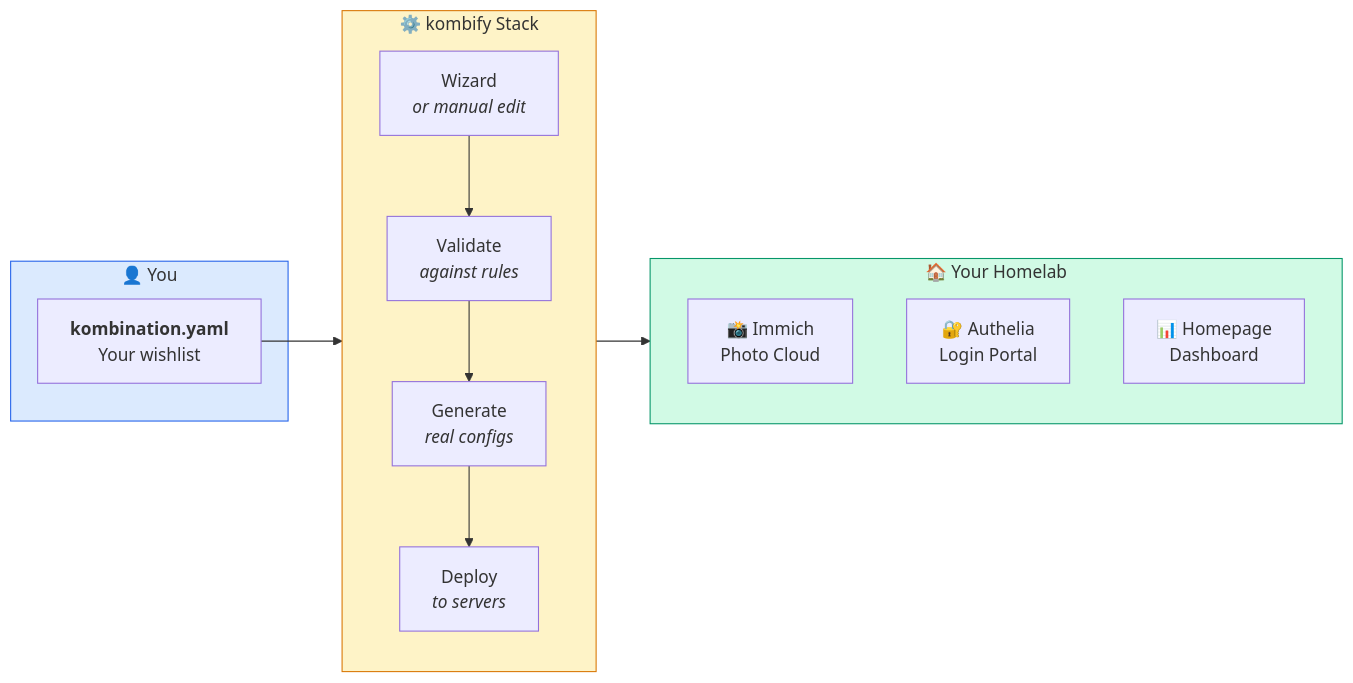
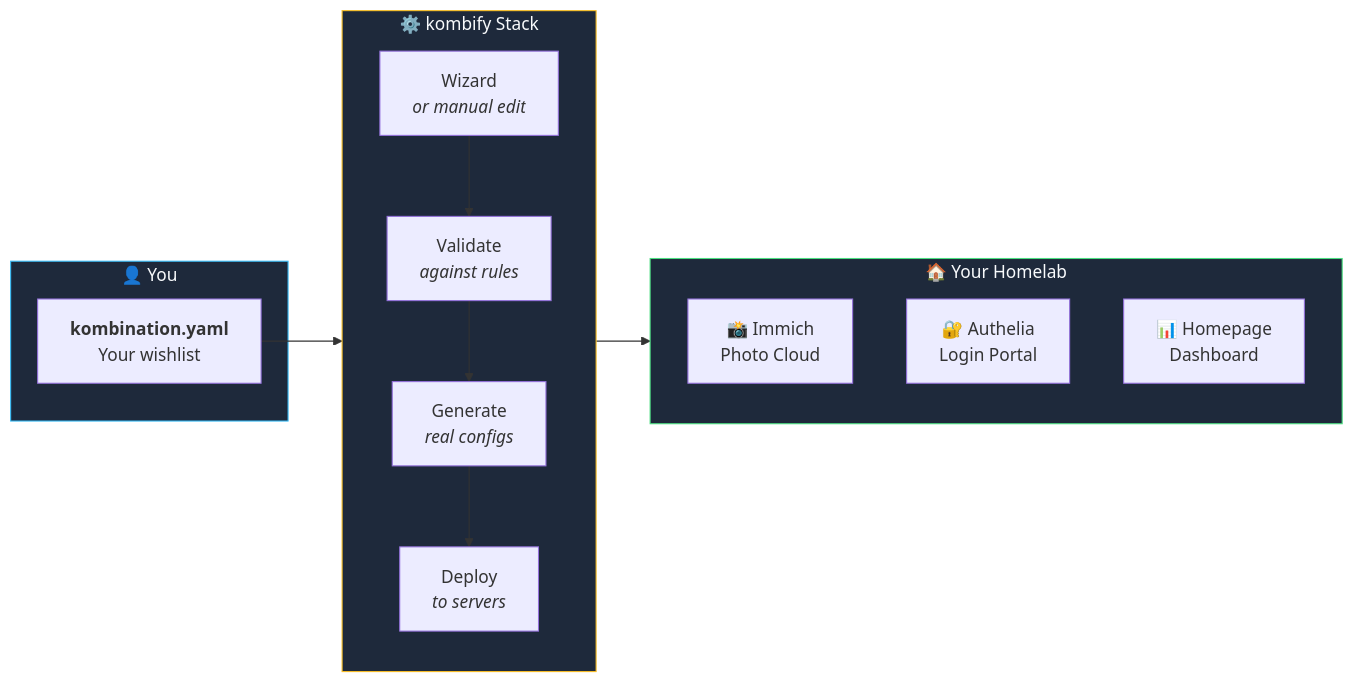
The first of 5 diagrams in stack/overview.mdx (KombiverseLabs/docs), drawn with Mermaid before and after one commit. The commit also changed other lines of this file and 33 other files, not shown here.

````diff
--- a/stack/overview.mdx
+++ b/stack/overview.mdx
@@ -58,29 +56,29 @@
 ```mermaid
 flowchart LR
     subgraph You["👤 You"]
         YAML["<b>kombination.yaml</b><br/>Your wishlist"]
     end
 
     subgraph Stack["⚙️ kombify Stack"]
         direction TB
         Wizard["Wizard<br/><i>or manual edit</i>"]
         Validate["Validate<br/><i>against rules</i>"]
         Generate["Generate<br/><i>real configs</i>"]
         Deploy["Deploy<br/><i>to servers</i>"]
         
         Wizard --> Validate --> Generate --> Deploy
     end
 
     subgraph Result["🏠 Your Homelab"]
         S1["📸 Immich<br/>Photo Cloud"]
         S2["🔐 Authelia<br/>Login Portal"]
         S3["📊 Homepage<br/>Dashboard"]
     end
 
     YAML --> Wizard
     Deploy --> Result
 
-    style You fill:#dbeafe,stroke:#2563eb
-    style Stack fill:#fef3c7,stroke:#d97706
-    style Result fill:#d1fae5,stroke:#059669
+    style You fill:#1e293b,stroke:#38bdf8,color:#f8fafc
+    style Stack fill:#1e293b,stroke:#fbbf24,color:#f8fafc
+    style Result fill:#1e293b,stroke:#4ade80,color:#f8fafc
 ```
````
